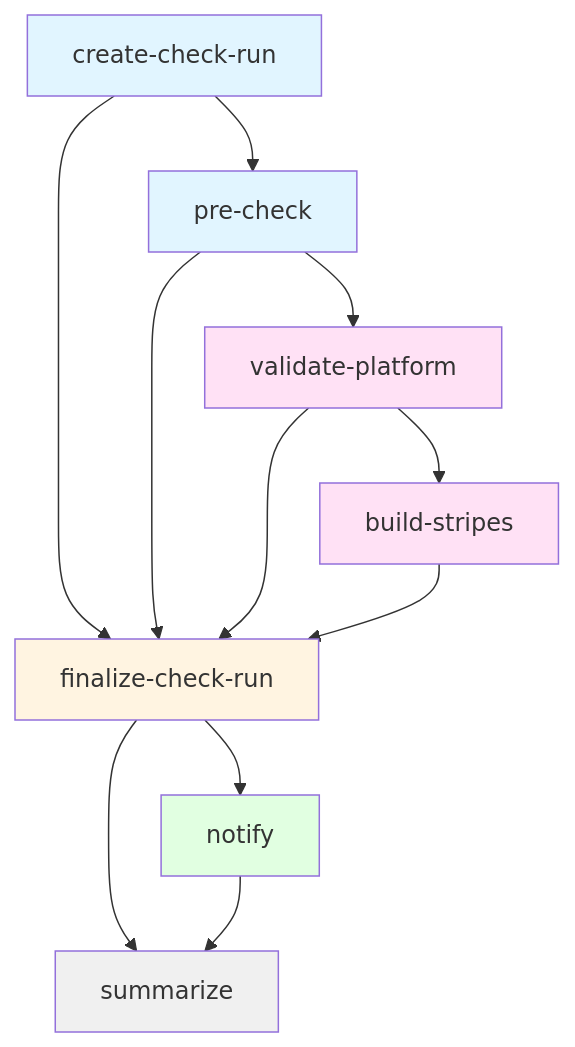
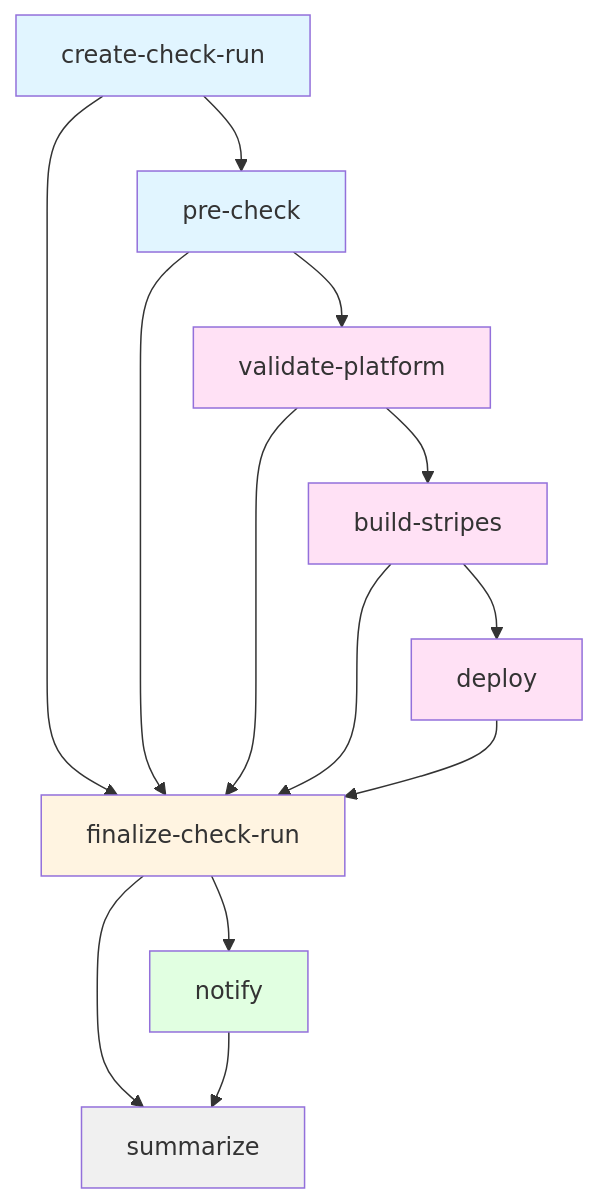
One commit to folio-org/platform-lsp changed the diagram in .github/docs/merge-queue-check.md. Above: the diagram before and after it, drawn with Mermaid. The commit also changed other lines of this file and 11 other files, not shown here.

````diff
--- a/.github/docs/merge-queue-check.md
+++ b/.github/docs/merge-queue-check.md
@@ -29,21 +33,24 @@
 ```mermaid
 flowchart TD
     A[create-check-run] --> B[pre-check]
     B --> C[validate-platform]
     C --> D[build-stripes]
+    D --> H[deploy]
     A --> E[finalize-check-run]
     B --> E
     C --> E
     D --> E
+    H --> E
     E --> F[notify]
     E --> G[summarize]
     F --> G
 
     style A fill:#e1f5ff
     style B fill:#e1f5ff
     style C fill:#ffe1f5
     style D fill:#ffe1f5
+    style H fill:#ffe1f5
     style E fill:#fff4e1
     style F fill:#e1ffe1
     style G fill:#f0f0f0
 ```
````
